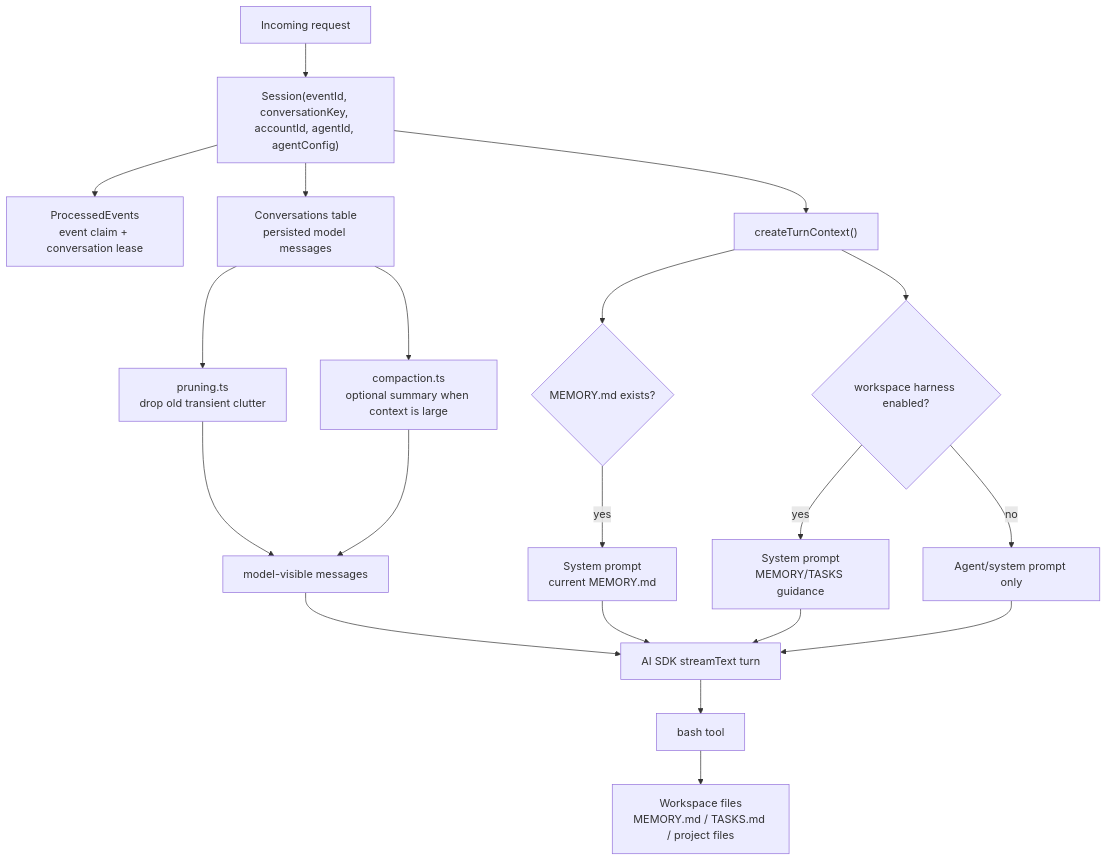
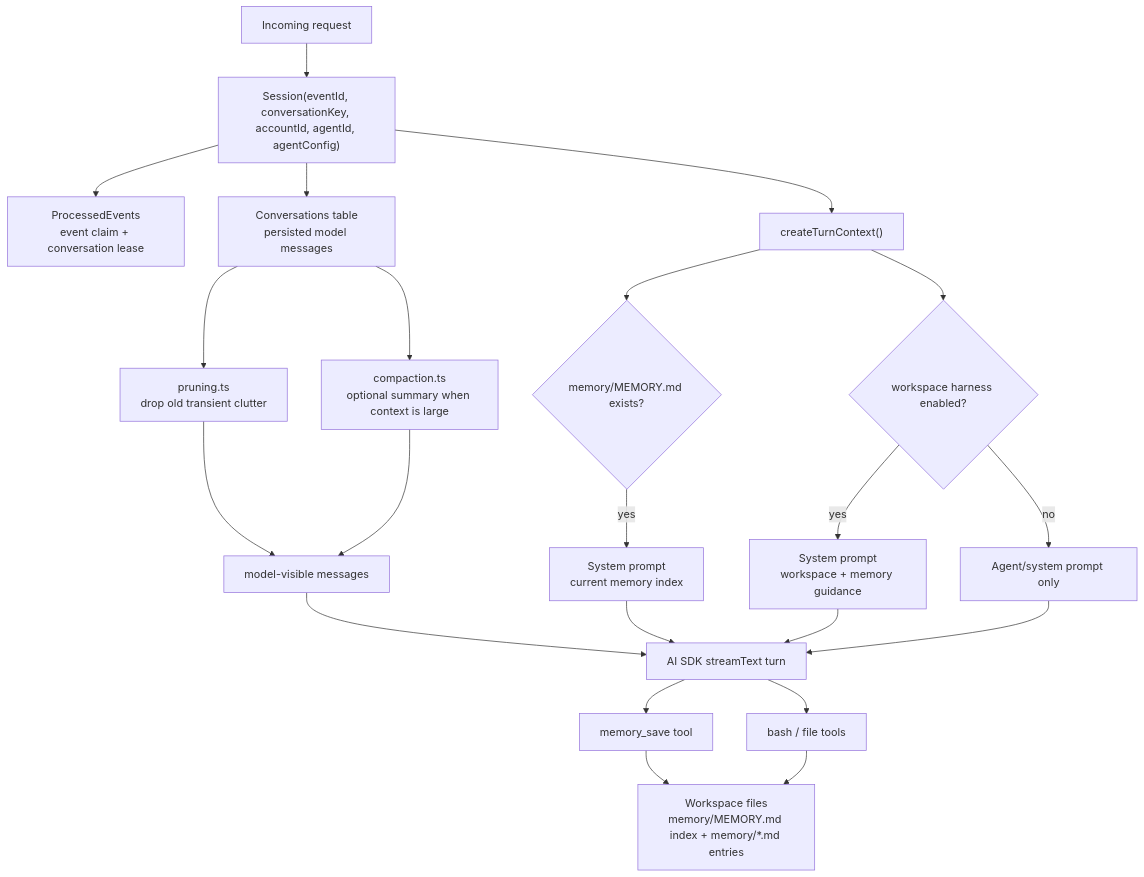
One commit to beeblastco/broods changed the first of 3 diagrams in apps/docs/docs/workspace/memory-and-session.md. Above: the diagram before and after it, drawn with Mermaid. The commit also changed other lines of this file and 4 other files, not shown here.

First line of the commit message:
feat(memory): config-plane validation, workspace-config tests, and docs for the memory harness

````diff
--- a/apps/docs/docs/workspace/memory-and-session.md
+++ b/apps/docs/docs/workspace/memory-and-session.md
@@ -16,22 +37,24 @@
 ```mermaid
 flowchart TD
   Request["Incoming request"] --> Session["Session(eventId, conversationKey, accountId, agentId, agentConfig)"]
   Session --> Claim["ProcessedEvents<br/>event claim + conversation lease"]
   Session --> History["Conversations table<br/>persisted model messages"]
   Session --> Context["createTurnContext()"]
-  Context --> Memory{"MEMORY.md exists?"}
-  Memory -->|"yes"| MemoryPrompt["System prompt<br/>current MEMORY.md"]
+  Context --> Memory{"memory/MEMORY.md exists?"}
+  Memory -->|"yes"| MemoryPrompt["System prompt<br/>current memory index"]
   Context --> HarnessPrompt{"workspace harness enabled?"}
-  HarnessPrompt -->|"yes"| Prompt["System prompt<br/>MEMORY/TASKS guidance"]
+  HarnessPrompt -->|"yes"| Prompt["System prompt<br/>workspace + memory guidance"]
   HarnessPrompt -->|"no"| Custom["Agent/system prompt only"]
   History --> Prune["pruning.ts<br/>drop old transient clutter"]
   History --> Compact["compaction.ts<br/>optional summary when context is large"]
   Prune --> ModelMessages["model-visible messages"]
   Compact --> ModelMessages
   Prompt --> Turn["AI SDK streamText turn"]
   MemoryPrompt --> Turn
   Custom --> Turn
   ModelMessages --> Turn
-  Turn --> Bash["bash tool"]
-  Bash --> Files["Workspace files<br/>MEMORY.md / TASKS.md / project files"]
+  Turn --> Save["memory_save tool"]
+  Turn --> Bash["bash / file tools"]
+  Save --> Files["Workspace files<br/>memory/MEMORY.md index + memory/*.md entries"]
+  Bash --> Files
 ```
````
